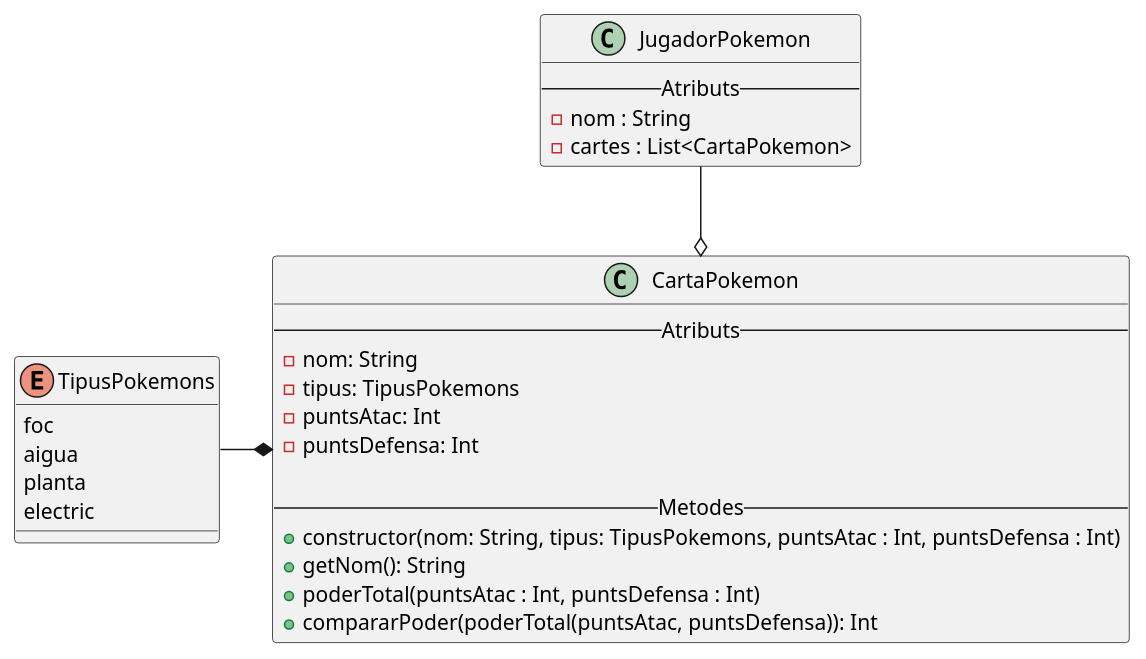
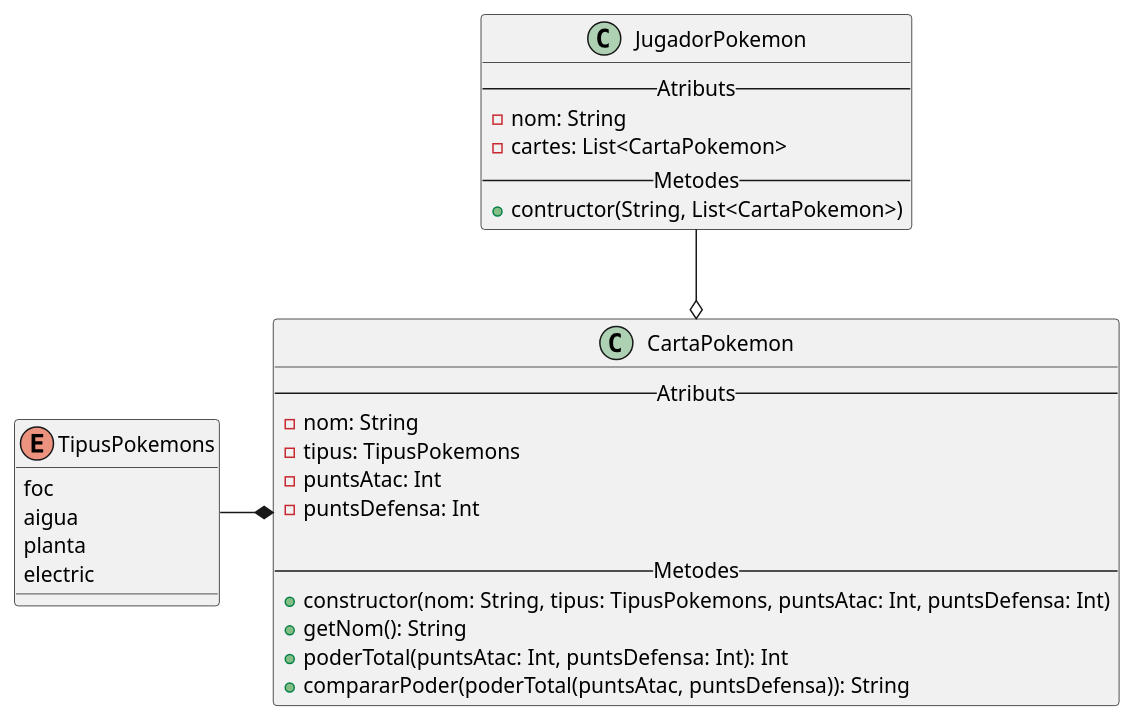
Before and after one commit to alexx-sanchez/M3: the diagram in m5_a08/A08/src/main/kotlin/Exercici1.puml, drawn with PlantUML. The commit also changed 4 other files, not shown here.

```diff
--- a/m5_a08/A08/src/main/kotlin/Exercici1.puml
+++ b/m5_a08/A08/src/main/kotlin/Exercici1.puml
@@ -1,33 +1,35 @@
 @startuml
 'https://plantuml.com/class-diagram
 enum TipusPokemons{
     foc
     aigua
     planta
     electric
 }
 
 class CartaPokemon{
     -- Atributs --
         - nom: String
         - tipus: TipusPokemons
         - puntsAtac: Int
         - puntsDefensa: Int
 
     -- Metodes --
-        + constructor(nom: String, tipus: TipusPokemons, puntsAtac : Int, puntsDefensa : Int)
+        + constructor(nom: String, tipus: TipusPokemons, puntsAtac: Int, puntsDefensa: Int)
         + getNom(): String
-        + poderTotal(puntsAtac : Int, puntsDefensa : Int)
-        + compararPoder(poderTotal(puntsAtac, puntsDefensa)): Int
+        + poderTotal(puntsAtac: Int, puntsDefensa: Int): Int
+        + compararPoder(poderTotal(puntsAtac, puntsDefensa)): String
 }
 
 class JugadorPokemon{
     -- Atributs --
-        - nom : String
-        - cartes : List<CartaPokemon>
+        - nom: String
+        - cartes: List<CartaPokemon>
+    --Metodes--
+    + contructor(String, List<CartaPokemon>)
 }
 
 CartaPokemon o-up- JugadorPokemon
 CartaPokemon *-left- TipusPokemons
 
 @enduml
```
